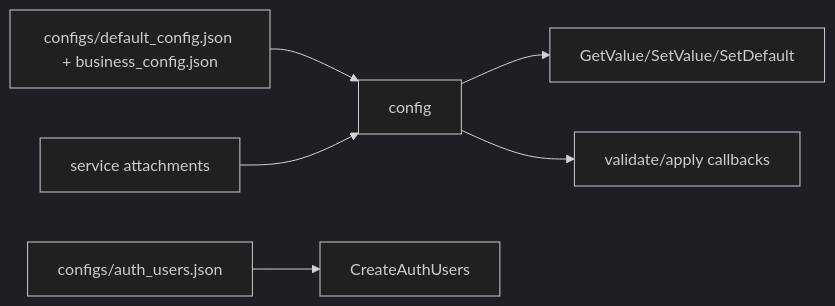
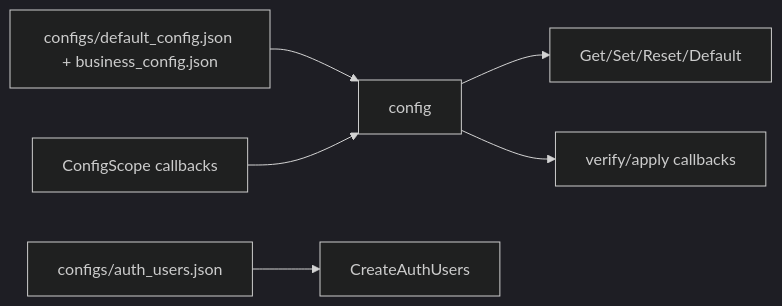
One commit to 373699756/live_stream changed the diagram in docs/libs/config.md. Above: the diagram before and after it, drawn with Mermaid (dark theme). The commit also changed other lines of this file and 117 other files, not shown here.

````diff
--- a/docs/libs/config.md
+++ b/docs/libs/config.md
@@ -15,8 +15,8 @@
 ```mermaid
 flowchart LR
   Files[configs/default_config.json + business_config.json] --> Config[config]
-  Modules[service attachments] --> Config
-  Config --> GetSet[GetValue/SetValue/SetDefault]
-  Config --> Apply[validate/apply callbacks]
+  Modules[ConfigScope callbacks] --> Config
+  Config --> GetSet[Get/Set/Reset/Default]
+  Config --> Apply[verify/apply callbacks]
   AuthUsers[configs/auth_users.json] --> Auth[CreateAuthUsers]
 ```
````
